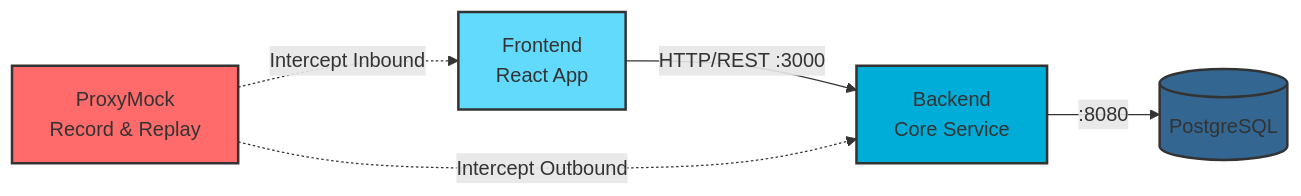
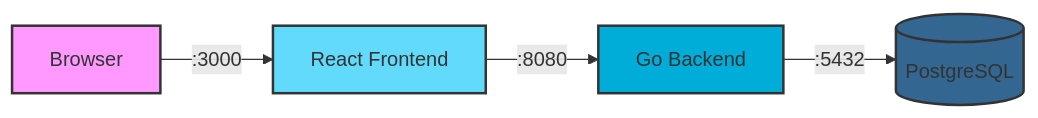
One commit to kenahrens/crm-demo changed the second of 6 diagrams in README.md. Above: the diagram before and after it, drawn with Mermaid. The commit also changed other lines of this file and 12 other files, not shown here.

````diff
--- a/README.md
+++ b/README.md
@@ -150,18 +121,11 @@
 ```mermaid
 graph LR
-    Frontend[Frontend<br/>React App]
-    Backend[Backend<br/>Core Service]
-    DB[(PostgreSQL)]
-    PM[ProxyMock<br/>Record & Replay]
+    Browser[Browser] -->|:3000| Frontend[React Frontend]
+    Frontend -->|:8080| Backend[Go Backend]
+    Backend -->|:5432| DB[(PostgreSQL)]
 
-    Frontend -->|HTTP/REST :3000| Backend
-    Backend -->|:8080| DB
-
-    PM -.->|Intercept Inbound| Frontend
-    PM -.->|Intercept Outbound| Backend
-
+    style Browser fill:#f9f,stroke:#333,stroke-width:2px
     style Frontend fill:#61dafb,stroke:#333,stroke-width:2px
     style Backend fill:#00add8,stroke:#333,stroke-width:2px
     style DB fill:#336791,stroke:#333,stroke-width:2px
-    style PM fill:#ff6b6b,stroke:#333,stroke-width:2px
 ```
````
